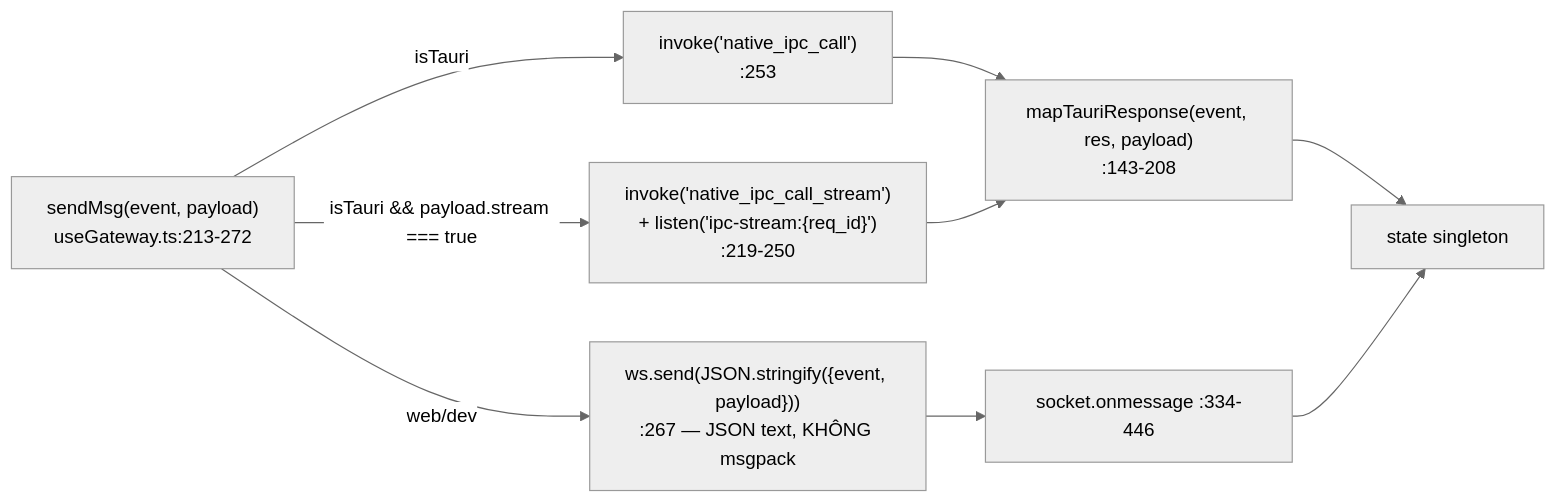
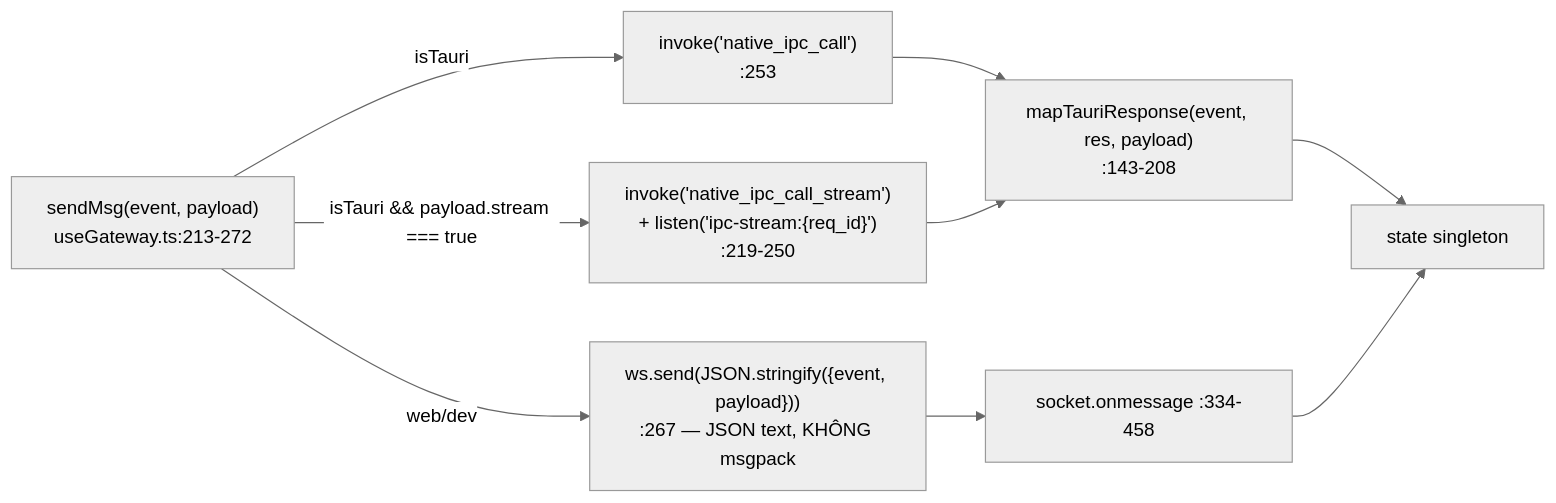
The second of 4 diagrams in docs/01-ban-ve/08-frontend-va-vo-tauri.md (DuongNAD/LIVA), drawn with Mermaid (neutral theme) before and after one commit. The commit also changed other lines of this file and 11 other files, not shown here.

````diff
--- a/docs/01-ban-ve/08-frontend-va-vo-tauri.md
+++ b/docs/01-ban-ve/08-frontend-va-vo-tauri.md
@@ -157,12 +157,12 @@
 ```mermaid
 flowchart LR
     S["sendMsg(event, payload)<br/>useGateway.ts:213-272"]
     S -->|isTauri && payload.stream === true| ST["invoke('native_ipc_call_stream')<br/>+ listen('ipc-stream:{req_id}')<br/>:219-250"]
     S -->|isTauri| IPC["invoke('native_ipc_call')<br/>:253"]
     S -->|web/dev| WS["ws.send(JSON.stringify({event, payload}))<br/>:267 — JSON text, KHÔNG msgpack"]
     IPC --> MAP["mapTauriResponse(event, res, payload)<br/>:143-208"]
     ST --> MAP
     MAP --> STATE["state singleton"]
-    WS --> ONMSG["socket.onmessage :334-446"]
+    WS --> ONMSG["socket.onmessage :334-458"]
     ONMSG --> STATE
 ```
````
